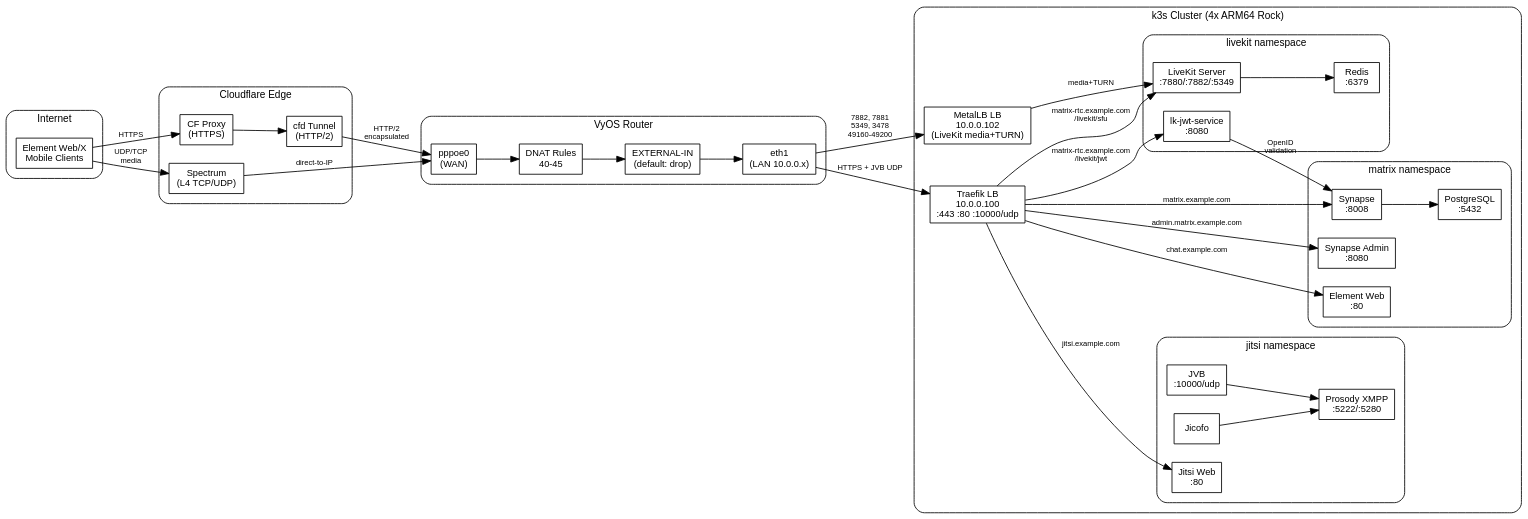
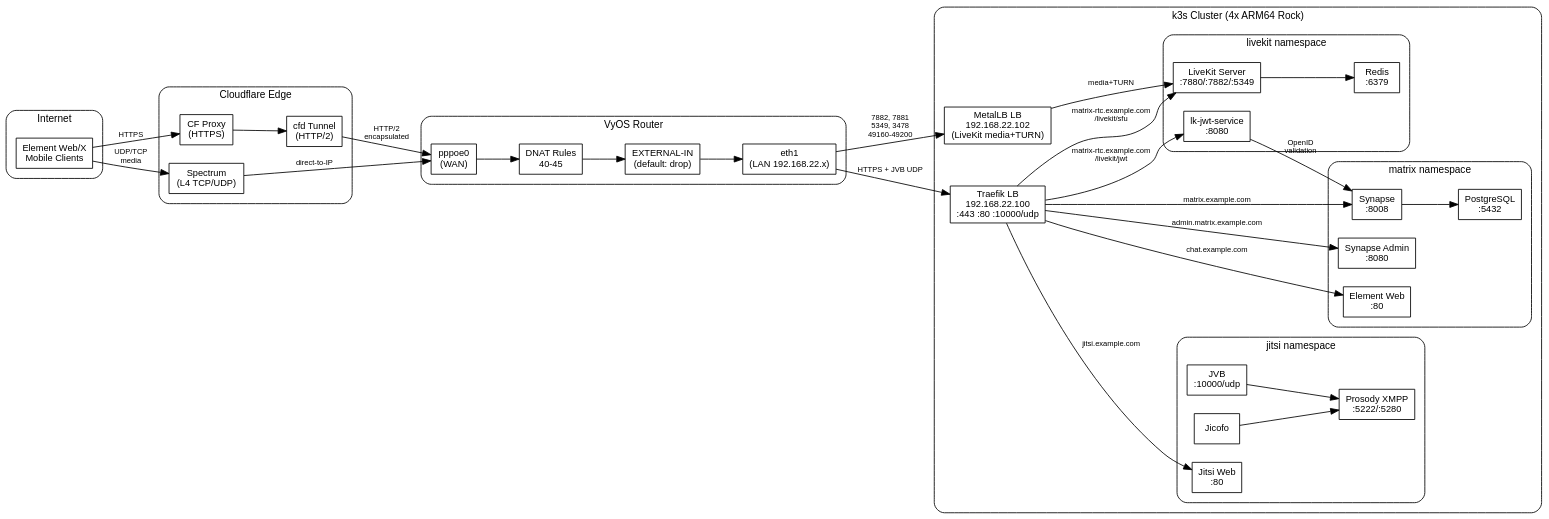
One commit to erfianugrah/lexicanum changed the first of 3 diagrams in src/content/docs/guides/self-host-matrix.mdx. Above: the diagram before and after it, drawn with Graphviz. The commit also changed other lines of this file and 17 other files, not shown here.

````diff
--- a/src/content/docs/guides/self-host-matrix.mdx
+++ b/src/content/docs/guides/self-host-matrix.mdx
@@ -31,75 +31,75 @@
 ```dot
 digraph {
   rankdir=LR; bgcolor="transparent"; compound=true; nodesep=0.3; ranksep=0.7;
   fontname="Helvetica,Arial,sans-serif";
   node [fontname="Helvetica,Arial,sans-serif", fontsize=11, shape=box];
   edge [fontname="Helvetica,Arial,sans-serif", fontsize=9];
 
   subgraph cluster_internet {
     label="Internet"; style=rounded; fontsize=12; margin=12;
     internet_clients [label="Element Web/X\nMobile Clients"];
   }
   subgraph cluster_cloudflare {
     label="Cloudflare Edge"; style=rounded; fontsize=12; margin=12;
     cloudflare_proxy    [label="CF Proxy\n(HTTPS)"];
     cloudflare_tunnel   [label="cfd Tunnel\n(HTTP/2)"];
     cloudflare_spectrum [label="Spectrum\n(L4 TCP/UDP)"];
   }
   subgraph cluster_vyos {
     label="VyOS Router"; style=rounded; fontsize=12; margin=12;
     vyos_pppoe0 [label="pppoe0\n(WAN)"];
     vyos_nat    [label="DNAT Rules\n40-45"];
     vyos_fw     [label="EXTERNAL-IN\n(default: drop)"];
-    vyos_eth1   [label="eth1\n(LAN 10.0.0.x)"];
+    vyos_eth1   [label="eth1\n(LAN 192.168.22.x)"];
   }
   subgraph cluster_k3s {
     label="k3s Cluster (4x ARM64 Rock)"; style=rounded; fontsize=12; margin=12;
-    k3s_traefik [label="Traefik LB\n10.0.0.100\n:443 :80 :10000/udp"];
-    k3s_metallb [label="MetalLB LB\n10.0.0.102\n(LiveKit media+TURN)"];
+    k3s_traefik [label="Traefik LB\n192.168.22.100\n:443 :80 :10000/udp"];
+    k3s_metallb [label="MetalLB LB\n192.168.22.102\n(LiveKit media+TURN)"];
 
     subgraph cluster_k3s_matrix {
       label="matrix namespace"; style=rounded; fontsize=12; margin=12;
       k3s_matrix_synapse  [label="Synapse\n:8008"];
       k3s_matrix_postgres [label="PostgreSQL\n:5432"];
       k3s_matrix_element  [label="Element Web\n:80"];
       k3s_matrix_admin    [label="Synapse Admin\n:8080"];
     }
     subgraph cluster_k3s_jitsi {
       label="jitsi namespace"; style=rounded; fontsize=12; margin=12;
       k3s_jitsi_prosody [label="Prosody XMPP\n:5222/:5280"];
       k3s_jitsi_jicofo  [label="Jicofo"];
       k3s_jitsi_jvb     [label="JVB\n:10000/udp"];
       k3s_jitsi_web     [label="Jitsi Web\n:80"];
     }
     subgraph cluster_k3s_livekit_ns {
       label="livekit namespace"; style=rounded; fontsize=12; margin=12;
       k3s_livekit_ns_livekit [label="LiveKit Server\n:7880/:7882/:5349"];
       k3s_livekit_ns_jwt     [label="lk-jwt-service\n:8080"];
       k3s_livekit_ns_redis   [label="Redis\n:6379"];
     }
   }
 
   internet_clients -> cloudflare_proxy    [label="HTTPS"];
   internet_clients -> cloudflare_spectrum [label="UDP/TCP\nmedia"];
   cloudflare_proxy -> cloudflare_tunnel;
   cloudflare_tunnel -> vyos_pppoe0        [label="HTTP/2\nencapsulated"];
   cloudflare_spectrum -> vyos_pppoe0      [label="direct-to-IP"];
   vyos_pppoe0 -> vyos_nat;
   vyos_nat -> vyos_fw;
   vyos_fw -> vyos_eth1;
   vyos_eth1 -> k3s_traefik [label="HTTPS + JVB UDP"];
   vyos_eth1 -> k3s_metallb [label="7882, 7881\n5349, 3478\n49160-49200"];
   k3s_traefik -> k3s_matrix_synapse     [label="matrix.example.com"];
   k3s_traefik -> k3s_matrix_element     [label="chat.example.com"];
   k3s_traefik -> k3s_matrix_admin       [label="admin.matrix.example.com"];
   k3s_traefik -> k3s_jitsi_web          [label="jitsi.example.com"];
   k3s_traefik -> k3s_livekit_ns_jwt     [label="matrix-rtc.example.com\n/livekit/jwt"];
   k3s_traefik -> k3s_livekit_ns_livekit [label="matrix-rtc.example.com\n/livekit/sfu"];
   k3s_metallb -> k3s_livekit_ns_livekit [label="media+TURN"];
   k3s_matrix_synapse -> k3s_matrix_postgres;
   k3s_livekit_ns_jwt -> k3s_matrix_synapse [label="OpenID\nvalidation"];
   k3s_livekit_ns_livekit -> k3s_livekit_ns_redis;
   k3s_jitsi_jicofo -> k3s_jitsi_prosody;
   k3s_jitsi_jvb -> k3s_jitsi_prosody;
 }
 ```
````
